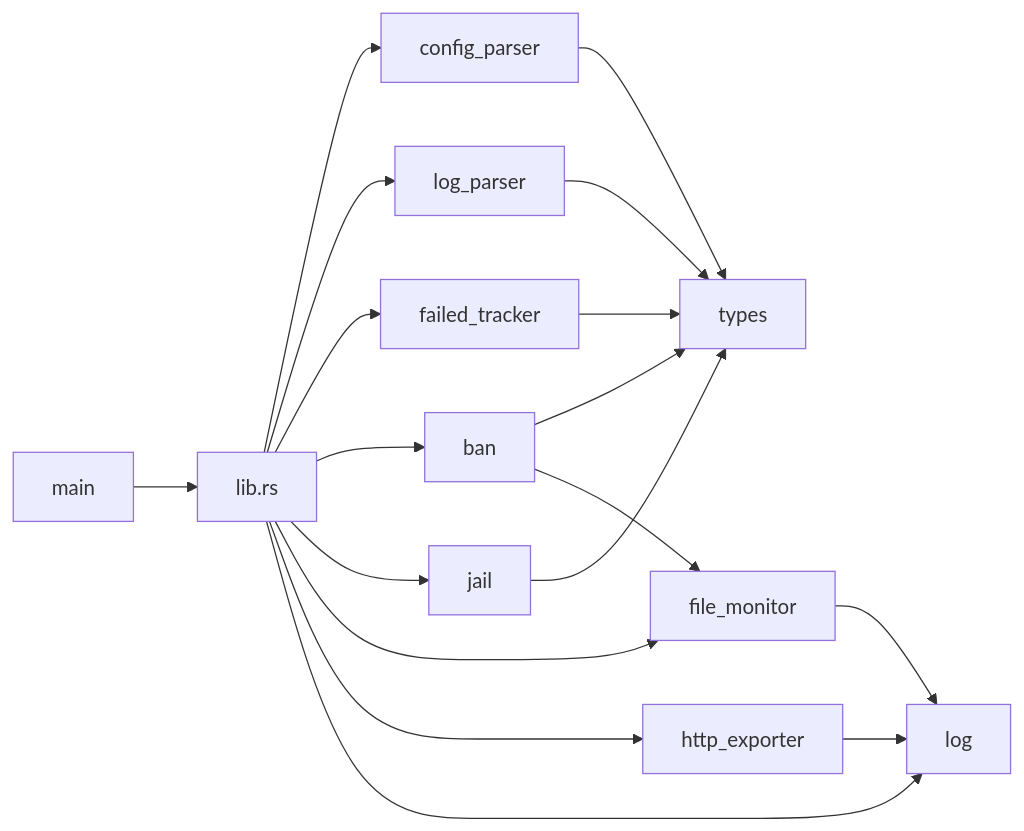
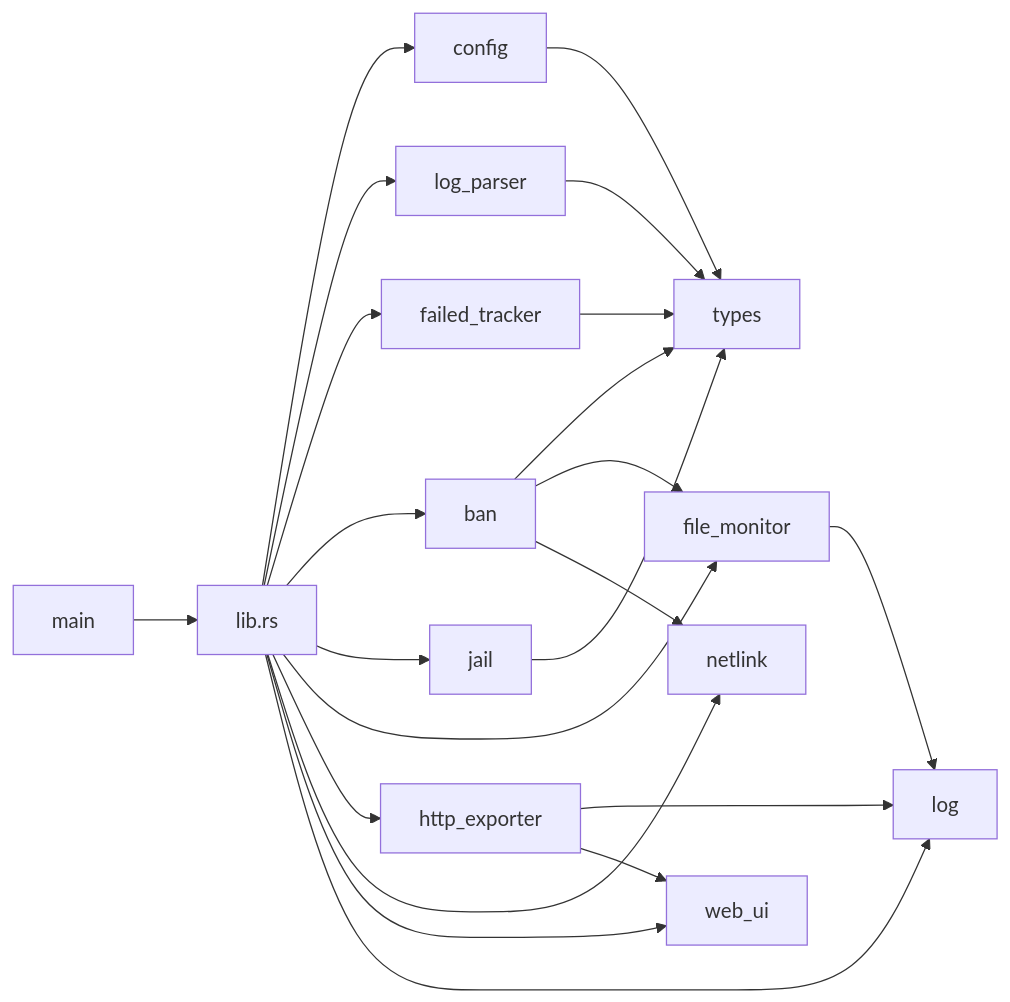
The first of 7 diagrams in docs/en/architecture/daemon.md (SnowCore8/linux-firewall-kmod), drawn with Mermaid before and after one commit. The commit also changed other lines of this file and 6 other files, not shown here.

First line of the commit message:
docs: align architecture framework (#10)

````diff
--- a/docs/en/architecture/daemon.md
+++ b/docs/en/architecture/daemon.md
@@ -42,20 +46,24 @@
 ```mermaid
 graph LR
     main["main"] --> lib["lib.rs"]
-    lib --> config_parser
+    lib --> config
     lib --> log_parser
     lib --> failed_tracker
     lib --> ban
     lib --> jail
     lib --> file_monitor
     lib --> http_exporter
+    lib --> netlink
+    lib --> web_ui
     lib --> log
-    config_parser --> types
+    config --> types
     log_parser --> types
     failed_tracker --> types
     ban --> types
     jail --> types
     ban --> file_monitor
     file_monitor --> log
     http_exporter --> log
+    ban --> netlink
+    http_exporter --> web_ui
 ```
````
